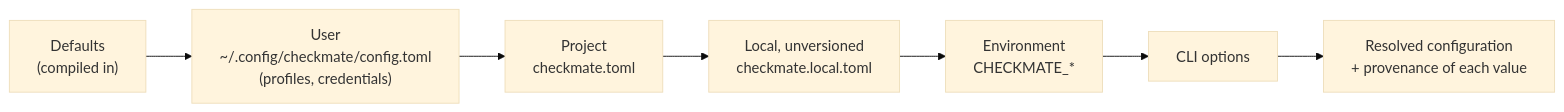
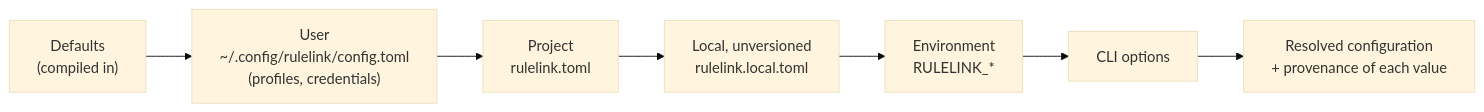
One commit to E-Jacques/Rulelink changed the first of 6 diagrams in docs/architecture/09-project-configuration.md. Above: the diagram before and after it, drawn with Mermaid (base theme). The commit also changed other lines of this file and 126 other files, not shown here.

First line of the commit message:
chore: rename the project from Checkmate to Rulelink (#6)

````diff
--- a/docs/architecture/09-project-configuration.md
+++ b/docs/architecture/09-project-configuration.md
@@ -98,9 +98,9 @@
 ```mermaid
 flowchart LR
-    D["Defaults<br/>(compiled in)"] --> U["User<br/>~/.config/checkmate/config.toml<br/>(profiles, credentials)"]
-    U --> P["Project<br/>checkmate.toml"]
-    P --> L["Local, unversioned<br/>checkmate.local.toml"]
-    L --> E["Environment<br/>CHECKMATE_*"]
+    D["Defaults<br/>(compiled in)"] --> U["User<br/>~/.config/rulelink/config.toml<br/>(profiles, credentials)"]
+    U --> P["Project<br/>rulelink.toml"]
+    P --> L["Local, unversioned<br/>rulelink.local.toml"]
+    L --> E["Environment<br/>RULELINK_*"]
     E --> F["CLI options"]
     F --> R["Resolved configuration<br/>+ provenance of each value"]
 ```
````
